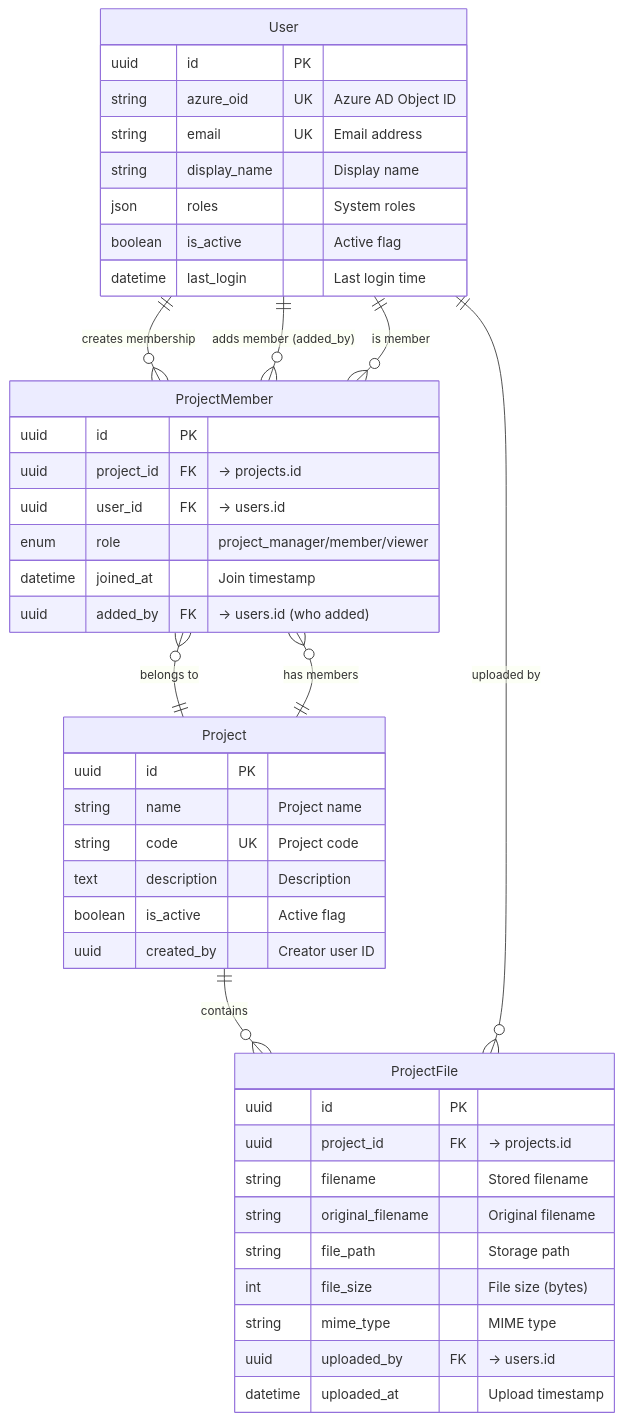
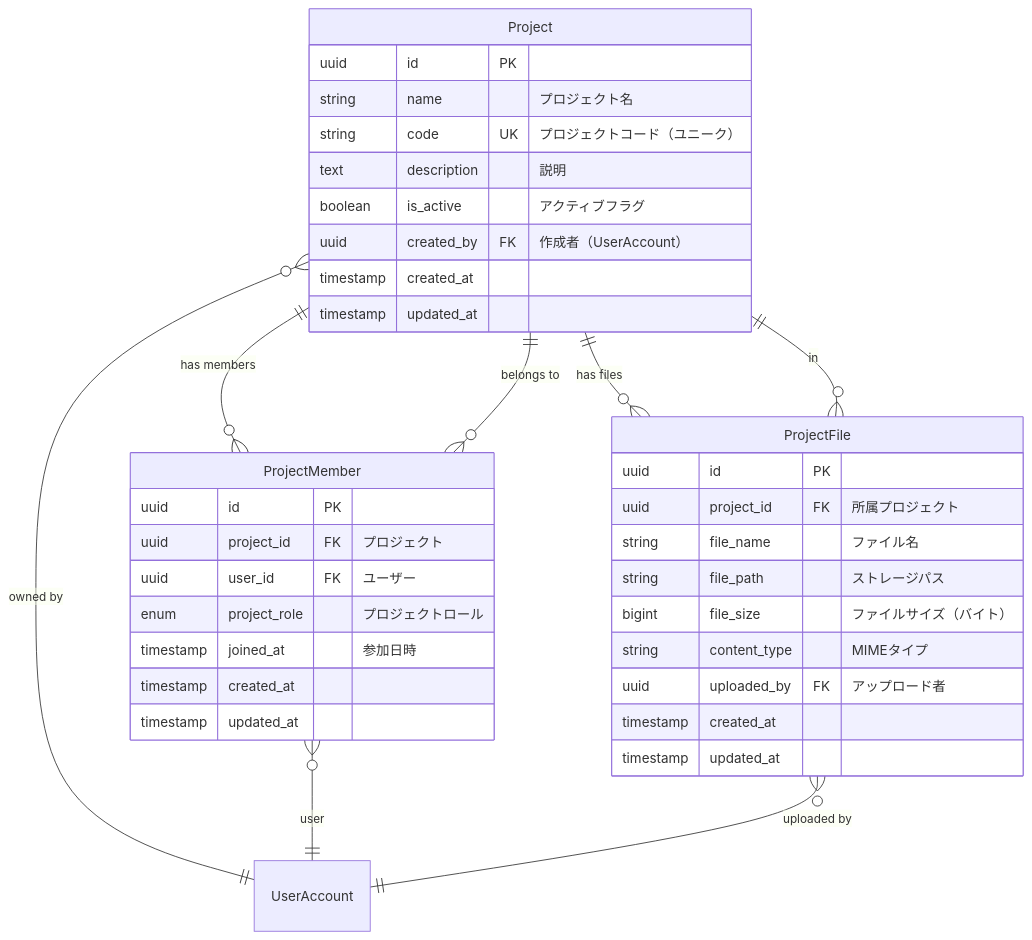
One commit to nomura-koshiro/genai-app-docs changed the fourth of 6 diagrams in docs/specifications/02-database/02-er-diagram.md. Above: the diagram before and after it, drawn with Mermaid. The commit also changed other lines of this file and 4 other files, not shown here.

First line of the commit message:
docs: markdownlintエラー修正とER図の詳細化

````diff
--- a/docs/specifications/02-database/02-er-diagram.md
+++ b/docs/specifications/02-database/02-er-diagram.md
@@ -312,52 +231,45 @@
 ```mermaid
 erDiagram
-    User ||--o{ ProjectMember : "creates membership"
     Project ||--o{ ProjectMember : "has members"
-    ProjectMember }o--|| User : "is member"
+    Project ||--o{ ProjectFile : "has files"
+    Project }o--|| UserAccount : "owned by"
+
     ProjectMember }o--|| Project : "belongs to"
+    ProjectMember }o--|| UserAccount : "user"
 
-    User ||--o{ ProjectMember : "adds member (added_by)"
-
-    Project ||--o{ ProjectFile : "contains"
-    ProjectFile }o--|| User : "uploaded by"
-
-    User {
-        uuid id PK
-        string azure_oid UK "Azure AD Object ID"
-        string email UK "Email address"
-        string display_name "Display name"
-        json roles "System roles"
-        boolean is_active "Active flag"
-        datetime last_login "Last login time"
-    }
+    ProjectFile }o--|| Project : "in"
+    ProjectFile }o--|| UserAccount : "uploaded by"
 
     Project {
         uuid id PK
-        string name "Project name"
-        string code UK "Project code"
-        text description "Description"
-        boolean is_active "Active flag"
-        uuid created_by "Creator user ID"
+        string name "プロジェクト名"
+        string code UK "プロジェクトコード（ユニーク）"
+        text description "説明"
+        boolean is_active "アクティブフラグ"
+        uuid created_by FK "作成者（UserAccount）"
+        timestamp created_at
+        timestamp updated_at
     }
 
     ProjectMember {
         uuid id PK
-        uuid project_id FK "→ projects.id"
-        uuid user_id FK "→ users.id"
-        enum role "project_manager/member/viewer"
-        datetime joined_at "Join timestamp"
-        uuid added_by FK "→ users.id (who added)"
+        uuid project_id FK "プロジェクト"
+        uuid user_id FK "ユーザー"
+        enum project_role "プロジェクトロール"
+        timestamp joined_at "参加日時"
+        timestamp created_at
+        timestamp updated_at
     }
 
     ProjectFile {
         uuid id PK
-        uuid project_id FK "→ projects.id"
-        string filename "Stored filename"
-        string original_filename "Original filename"
-        string file_path "Storage path"
-        int file_size "File size (bytes)"
-        string mime_type "MIME type"
-        uuid uploaded_by FK "→ users.id"
-        datetime uploaded_at "Upload timestamp"
+        uuid project_id FK "所属プロジェクト"
+        string file_name "ファイル名"
+        string file_path "ストレージパス"
+        bigint file_size "ファイルサイズ（バイト）"
+        string content_type "MIMEタイプ"
+        uuid uploaded_by FK "アップロード者"
+        timestamp created_at
+        timestamp updated_at
     }
 ```
````
